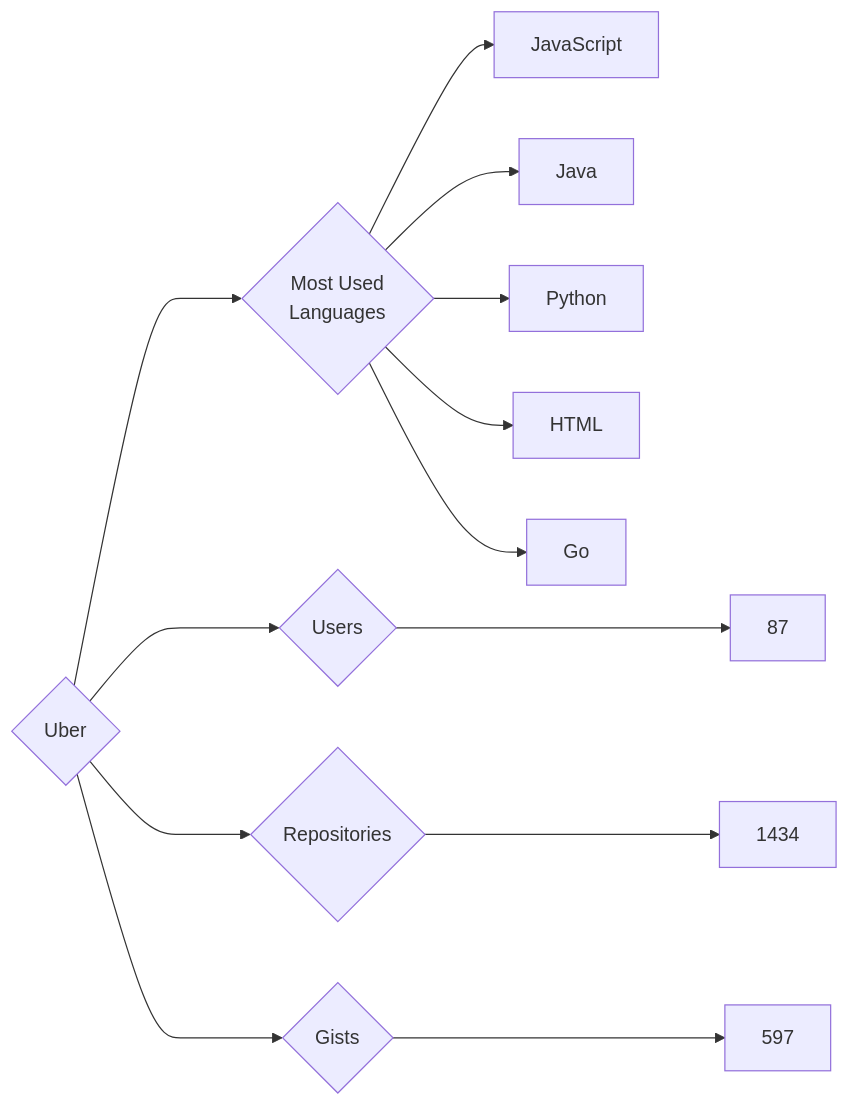
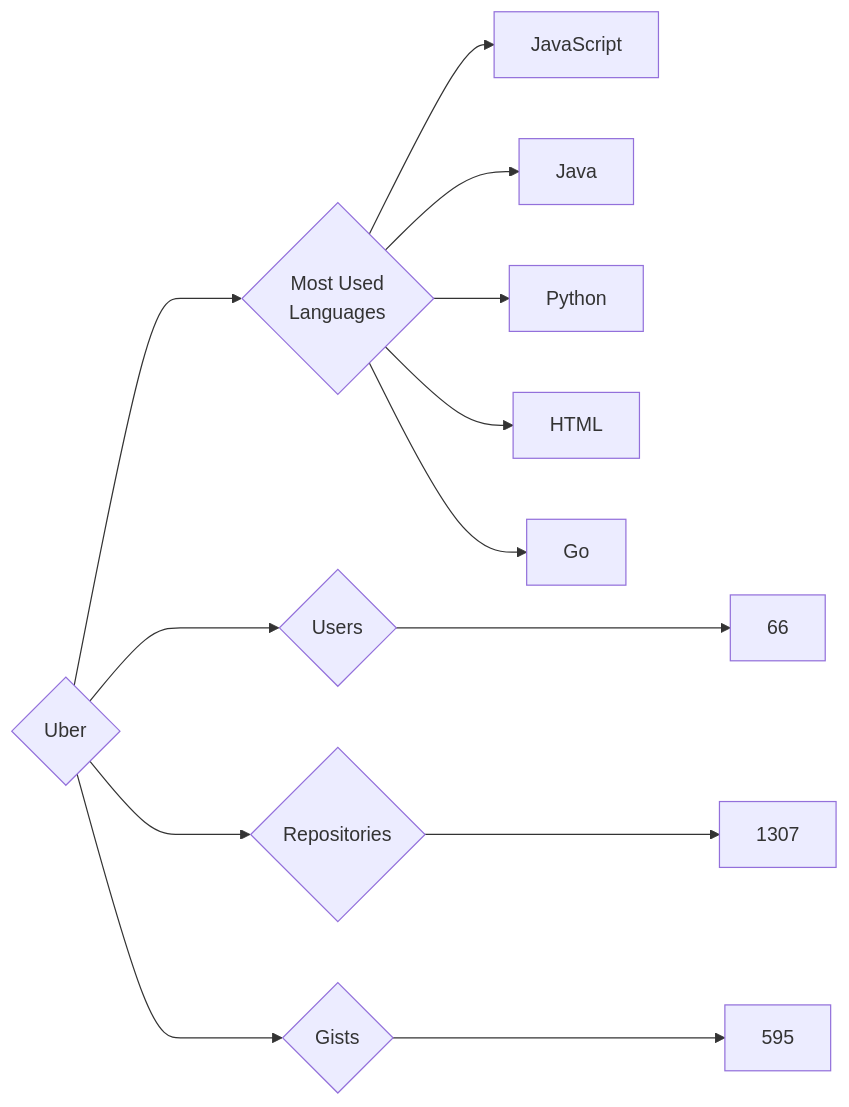
Before and after one commit to trickest/insiders: the diagram in targets/Uber/README.md, drawn with Mermaid. The commit also changed 833 other files, not shown here.

````diff
--- a/targets/Uber/README.md
+++ b/targets/Uber/README.md
@@ -3,13 +3,13 @@
 ```mermaid
 graph LR
 COMPANY_NAME{Uber}
-COMPANY_NAME ---> U{Users} ---> UN[87]
-COMPANY_NAME ---> R{Repositories} ---> RN[1434]
-COMPANY_NAME ---> G{Gists} ---> GN[597]
+COMPANY_NAME ---> U{Users} ---> UN[66]
+COMPANY_NAME ---> R{Repositories} ---> RN[1307]
+COMPANY_NAME ---> G{Gists} ---> GN[595]
 COMPANY_NAME ---> ML{Most Used<br>Languages}
 ML --> JavaScript[JavaScript]
 ML --> Java[Java]
 ML --> Python[Python]
 ML --> HTML[HTML]
 ML --> Go[Go]
 ```
````
